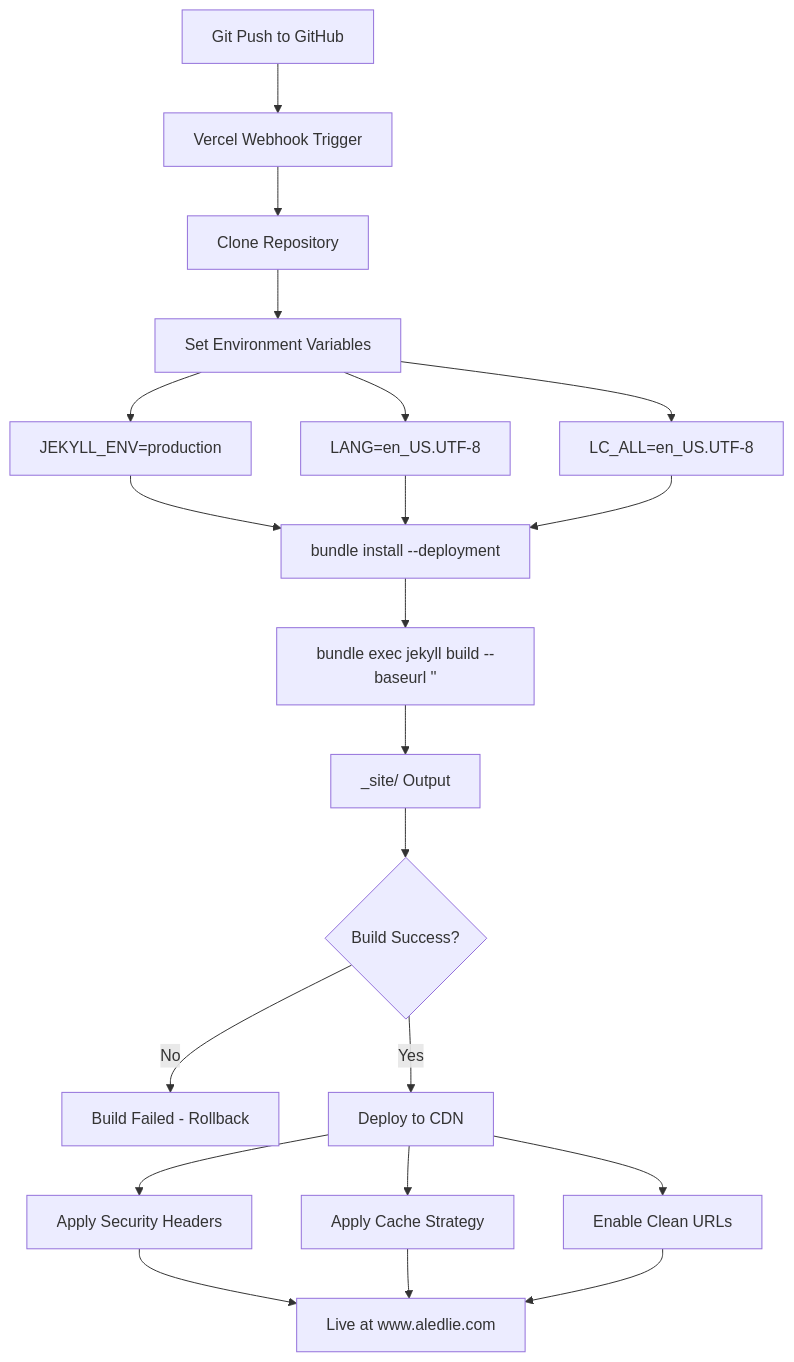
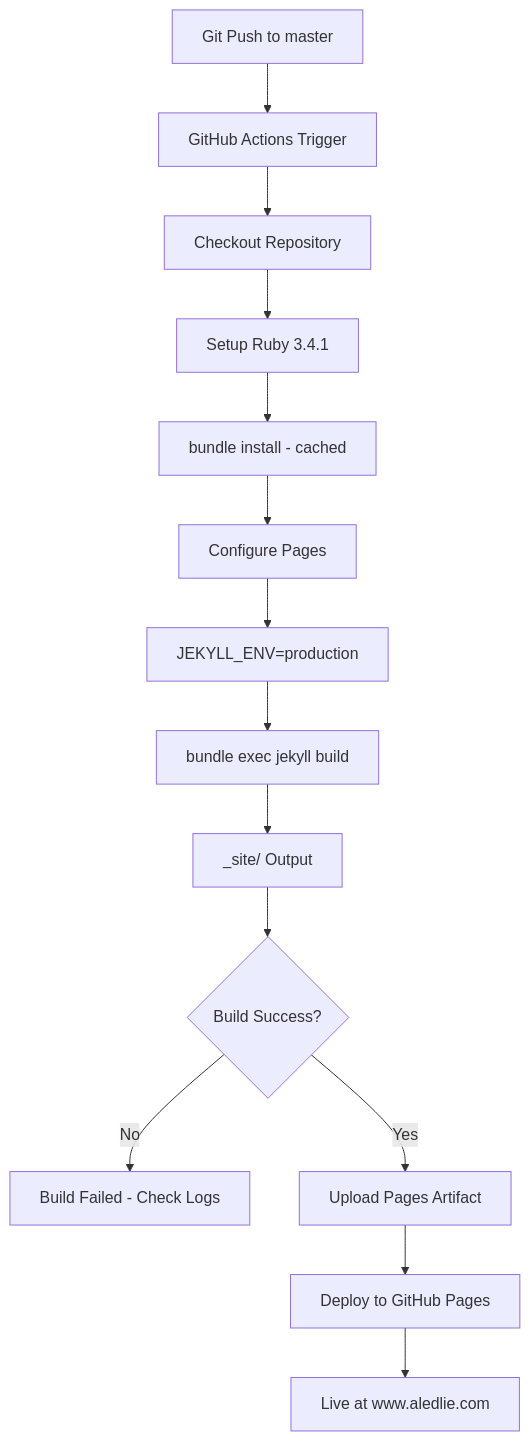
One commit to aledlie/aledlie.github.io changed the ninth of 10 diagrams in docs/ARCHITECTURE-DATA-FLOWS.md. Above: the diagram before and after it, drawn with Mermaid. The commit also changed other lines of this file and 1 other file, not shown here.

First line of the commit message:
docs: update architecture docs for GitHub Pages deployment

````diff
--- a/docs/ARCHITECTURE-DATA-FLOWS.md
+++ b/docs/ARCHITECTURE-DATA-FLOWS.md
@@ -1111,23 +1119,16 @@
 ```mermaid
 graph TD
-    A[Git Push to GitHub] --> B[Vercel Webhook Trigger]
-    B --> C[Clone Repository]
-    C --> D[Set Environment Variables]
-    D --> E[JEKYLL_ENV=production]
-    D --> F[LANG=en_US.UTF-8]
-    D --> G[LC_ALL=en_US.UTF-8]
-    E --> H[bundle install --deployment]
-    F --> H
-    G --> H
-    H --> I[bundle exec jekyll build --baseurl '']
-    I --> J[_site/ Output]
-    J --> K{Build Success?}
-    K -->|No| L[Build Failed - Rollback]
-    K -->|Yes| M[Deploy to CDN]
-    M --> N[Apply Security Headers]
-    M --> O[Apply Cache Strategy]
-    M --> P[Enable Clean URLs]
-    N --> Q[Live at www.aledlie.com]
-    O --> Q
-    P --> Q
+    A[Git Push to master] --> B[GitHub Actions Trigger]
+    B --> C[Checkout Repository]
+    C --> D[Setup Ruby 3.4.1]
+    D --> E[bundle install - cached]
+    E --> F[Configure Pages]
+    F --> G[JEKYLL_ENV=production]
+    G --> H[bundle exec jekyll build]
+    H --> I[_site/ Output]
+    I --> J{Build Success?}
+    J -->|No| K[Build Failed - Check Logs]
+    J -->|Yes| L[Upload Pages Artifact]
+    L --> M[Deploy to GitHub Pages]
+    M --> N[Live at www.aledlie.com]
 ```
````
